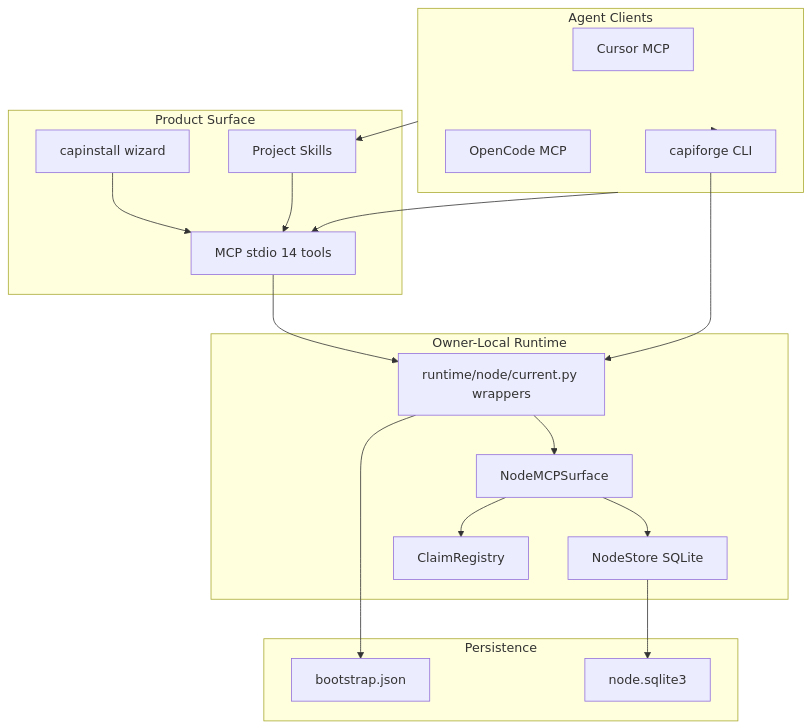
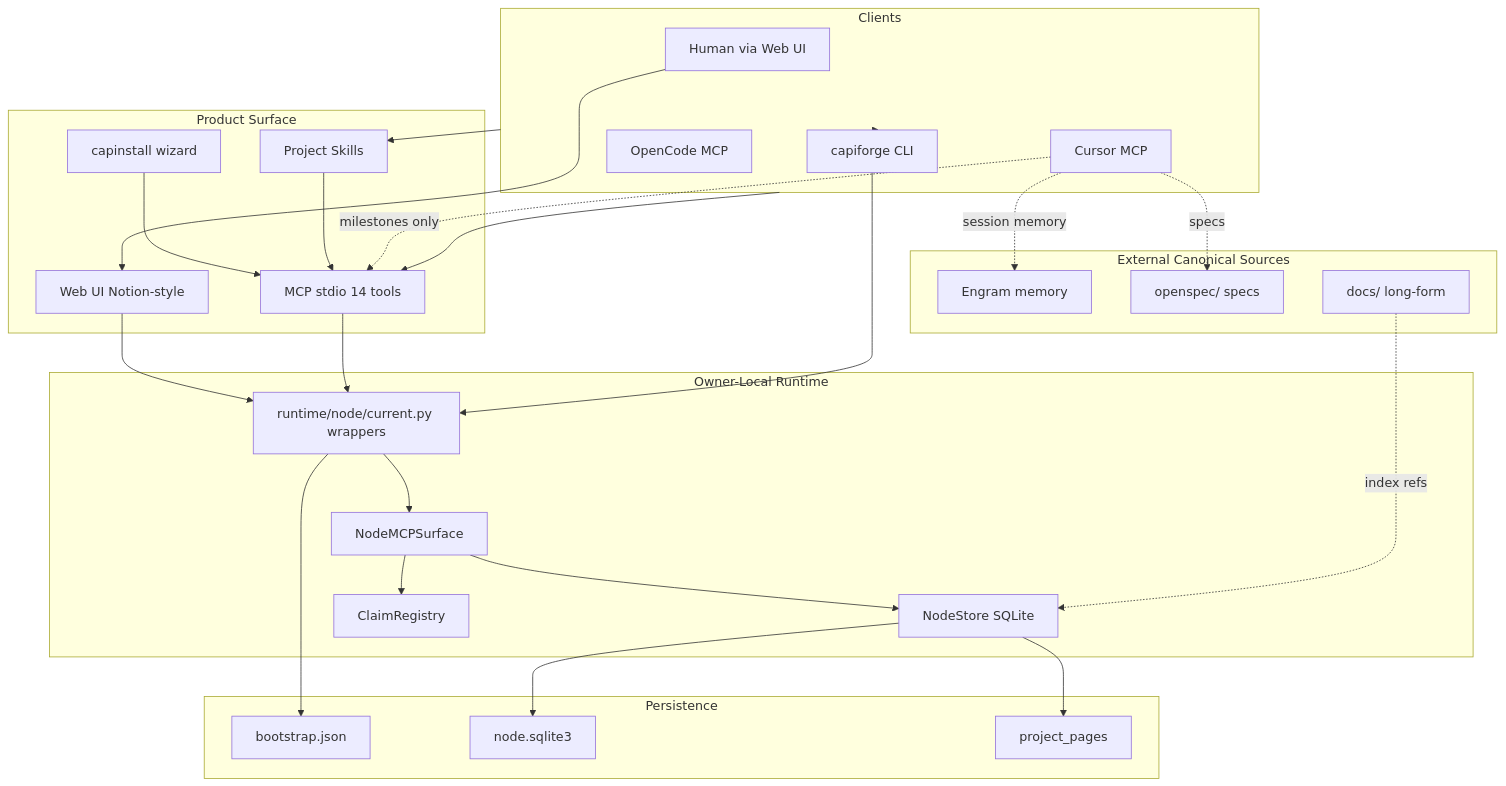
The diagram in docs/architecture-v01.md (RodrigoGorostiague/CapiForge), drawn with Mermaid before and after one commit. The commit also changed other lines of this file and 33 other files, not shown here.

````diff
--- a/docs/architecture-v01.md
+++ b/docs/architecture-v01.md
@@ -9,35 +11,50 @@
 ```mermaid
 flowchart TB
-    subgraph clients [Agent Clients]
+    subgraph clients [Clients]
+        Human[Human via Web UI]
         Cursor[Cursor MCP]
         OpenCode[OpenCode MCP]
         CLI[capiforge CLI]
     end
     subgraph surface [Product Surface]
         Skills[Project Skills]
         MCP[MCP stdio 14 tools]
+        WebUI[Web UI Notion-style]
         Capinstall[capinstall wizard]
     end
     subgraph runtime [Owner-Local Runtime]
         Current[runtime/node/current.py wrappers]
         Surface[NodeMCPSurface]
         Store[NodeStore SQLite]
         Claims[ClaimRegistry]
     end
     subgraph data [Persistence]
         Bootstrap[bootstrap.json]
         DB[node.sqlite3]
+        Pages[project_pages]
     end
+    subgraph external [External Canonical Sources]
+        Engram[Engram memory]
+        OpenSpec[openspec/ specs]
+        RepoDocs[docs/ long-form]
+    end
+    Human --> WebUI
     clients --> Skills
     clients --> MCP
     clients --> CLI
     Capinstall --> MCP
     Skills --> MCP
+    WebUI --> Current
     MCP --> Current
     CLI --> Current
     Current --> Surface
     Surface --> Store
     Surface --> Claims
     Store --> DB
+    Store --> Pages
     Current --> Bootstrap
+    Cursor -.->|milestones only| MCP
+    Cursor -.->|session memory| Engram
+    Cursor -.->|specs| OpenSpec
+    RepoDocs -.->|index refs| Store
 ```
````
